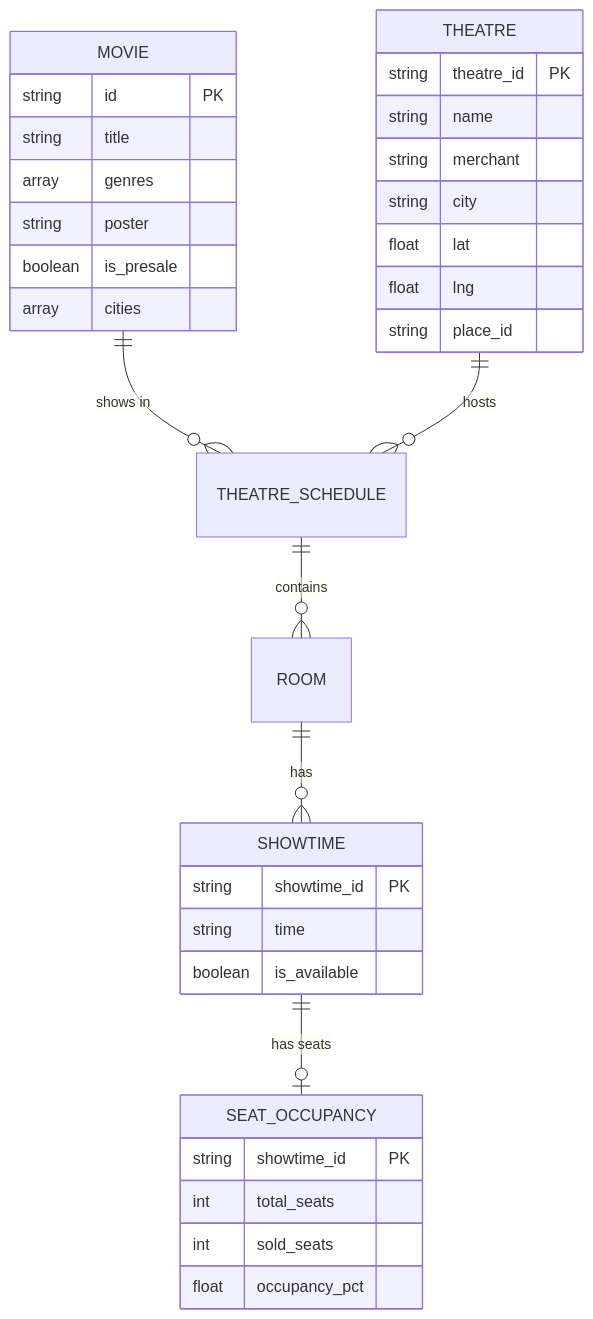
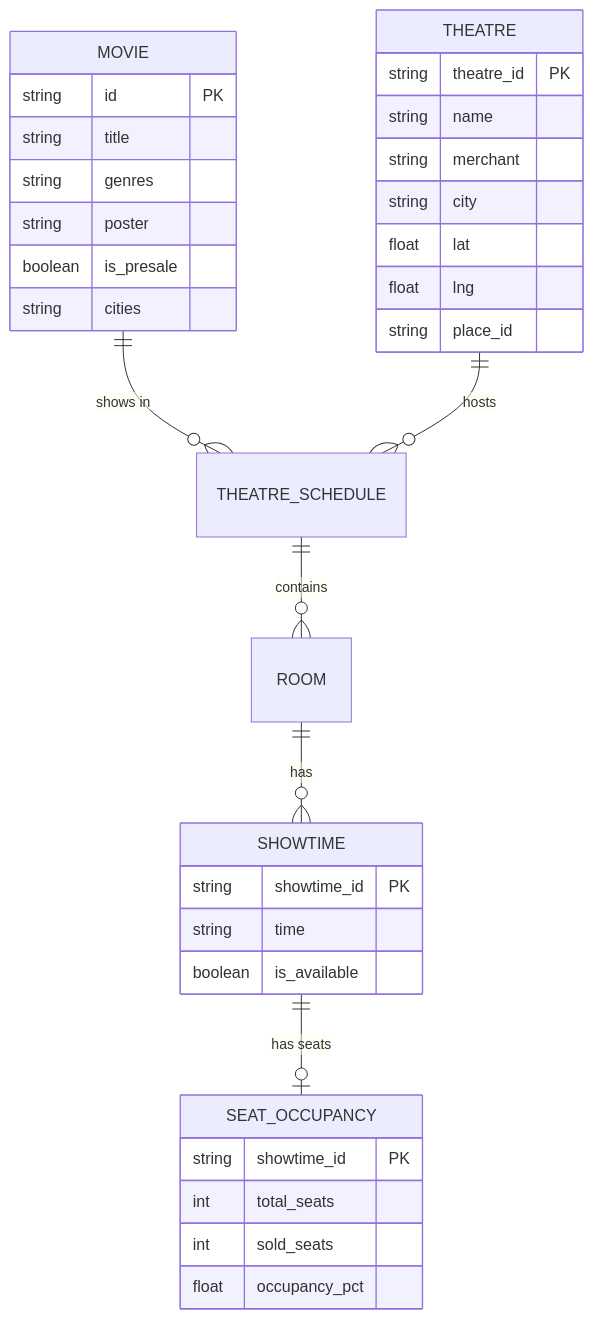
One commit to okihita/CineRadar changed the second of 2 diagrams in docs/architecture.md. Above: the diagram before and after it, drawn with Mermaid. The commit also changed 7 other files, not shown here.

````diff
--- a/docs/architecture.md
+++ b/docs/architecture.md
@@ -95,40 +95,40 @@
 ```mermaid
 erDiagram
     MOVIE ||--o{ THEATRE_SCHEDULE : "shows in"
     THEATRE_SCHEDULE ||--o{ ROOM : contains
     ROOM ||--o{ SHOWTIME : has
     THEATRE ||--o{ THEATRE_SCHEDULE : hosts
     SHOWTIME ||--o| SEAT_OCCUPANCY : "has seats"
     
     MOVIE {
         string id PK
         string title
-        array genres
+        string genres
         string poster
         boolean is_presale
-        array cities
+        string cities
     }
     
     THEATRE {
         string theatre_id PK
         string name
         string merchant
         string city
         float lat
         float lng
         string place_id
     }
     
     SHOWTIME {
         string showtime_id PK
         string time
         boolean is_available
     }
     
     SEAT_OCCUPANCY {
         string showtime_id PK
         int total_seats
         int sold_seats
         float occupancy_pct
     }
 ```
````
